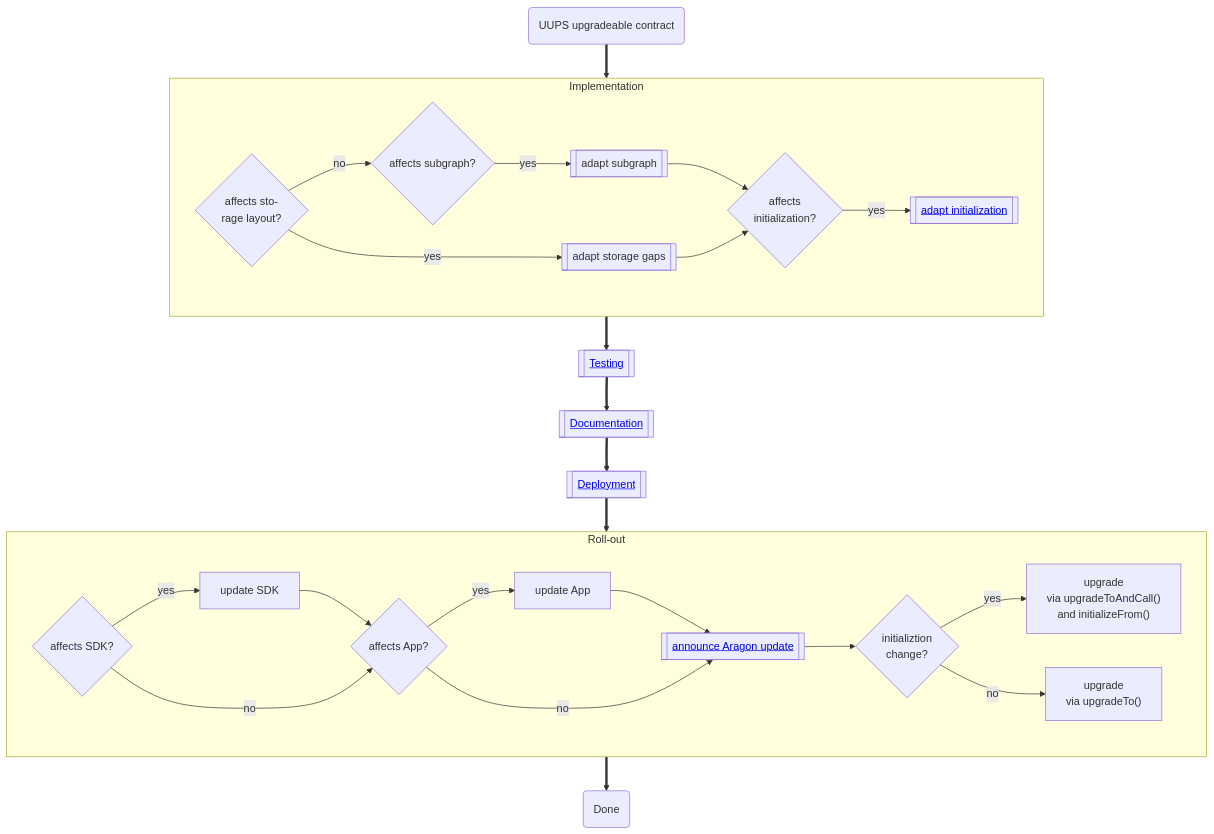
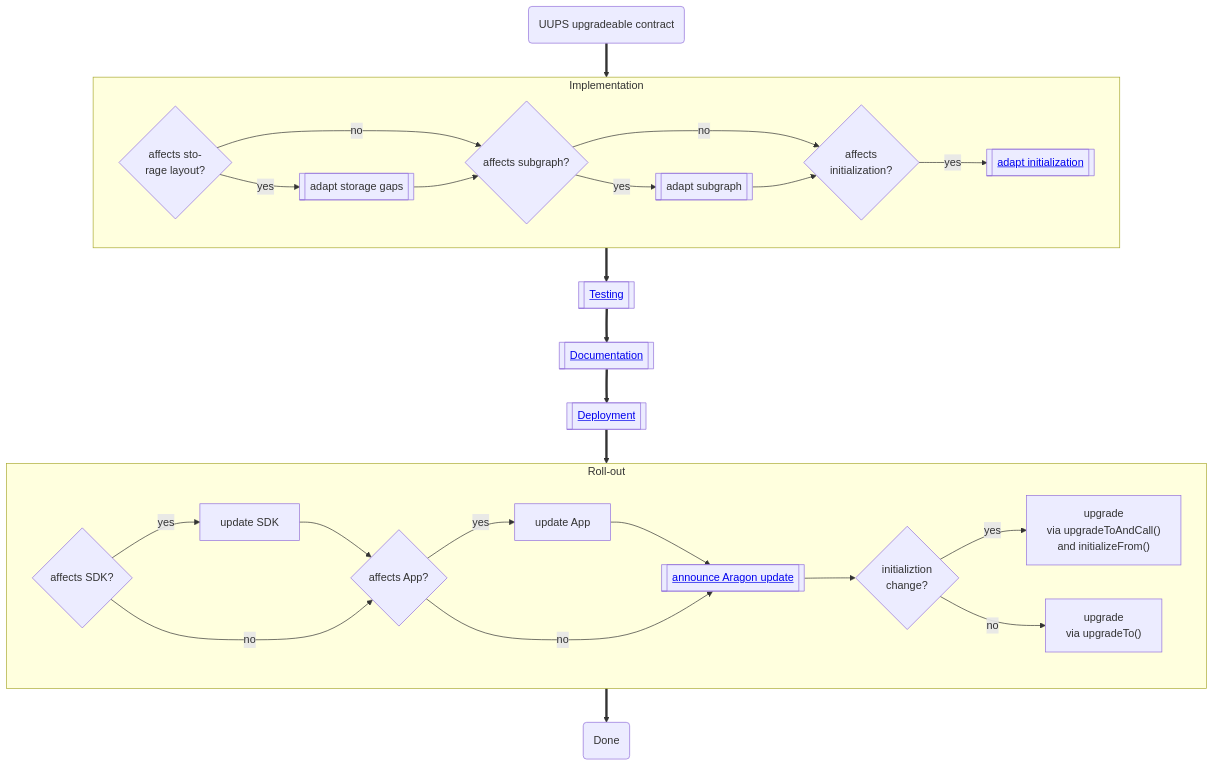
One commit to aragon/osx changed the diagram in packages/contracts/docs/developer-portal/04-framework-lifecycle/03-osx-components/02-upgradeable-contract.md. Above: the diagram before and after it, drawn with Mermaid. The commit also changed 1 other file, not shown here.

Commit message:
docs: corrected diagrams

````diff
--- a/packages/contracts/docs/developer-portal/04-framework-lifecycle/03-osx-components/02-upgradeable-contract.md
+++ b/packages/contracts/docs/developer-portal/04-framework-lifecycle/03-osx-components/02-upgradeable-contract.md
@@ -8,55 +8,56 @@
 ```mermaid
 flowchart TD
     processStart("UUPS upgradeable contract")
     processStart ==> implementation
     subgraph implementation[Implementation]
         affectsStorageGaps{"affects sto- \n rage  layout?"}
         adaptStorageGaps[["adapt storage gaps"]]
 
         affectsSubgraph{"affects subgraph?"}
         adaptSubgraph[["adapt subgraph"]]
 
         affectsInitialization{"affects \n initialization?"}
         adaptInitialization[["<a href='../04-sub-processes/02-contract-initialization.md'> adapt initialization</a>"]]
 
+        affectsStorageGaps -->|no| affectsSubgraph
         affectsStorageGaps -->|yes| adaptStorageGaps
-        affectsStorageGaps -->|no| affectsSubgraph
+        adaptStorageGaps --> affectsSubgraph
 
-
+        affectsSubgraph -->|no| affectsInitialization
         affectsSubgraph -->|yes| adaptSubgraph
         adaptSubgraph --> affectsInitialization
 
-        adaptStorageGaps --> affectsInitialization
+
         affectsInitialization -->|yes| adaptInitialization
     end
 
     implementation ==> testing[[<a href='../03-sub-processes/03-testing.md'>Testing</a>]]
 
     testing ==> docs[[<a href='../03-sub-processes/04-documentation.md'>Documentation</a>]]
 
     docs ==> deployment[[<a href='../03-sub-processes/05-deployment.md'>Deployment</a>]]
 
     deployment ==> rollout
     subgraph rollout[Roll-out]
 
         sdkUpdate["update SDK"]
         affectsSDK{"affects SDK?"}
         affectsSDK -->|yes| sdkUpdate --> affectsApp
         affectsSDK -->|no| affectsApp
 
         appUpdate["update App"]
         affectsApp{"affects App?"}
         affectsApp -->|yes| appUpdate --> announceUpdate
         affectsApp -->|no| announceUpdate
 
         announceUpdate[["<a href='../04-sub-processes/06-aragon-update.md'>announce Aragon update</a>"]]
         announceUpdate --> initializationChange
 
         initializationChange{"initializtion \n change?"}
         initializationChange -->|yes| upgradeToAndCall["upgrade \n via upgradeToAndCall() \n and initializeFrom()"]
         initializationChange -->|no| upgradeTo["upgrade \n via upgradeTo()"]
 
     end
 
     rollout ==> processEnd("Done")
 ```
````
